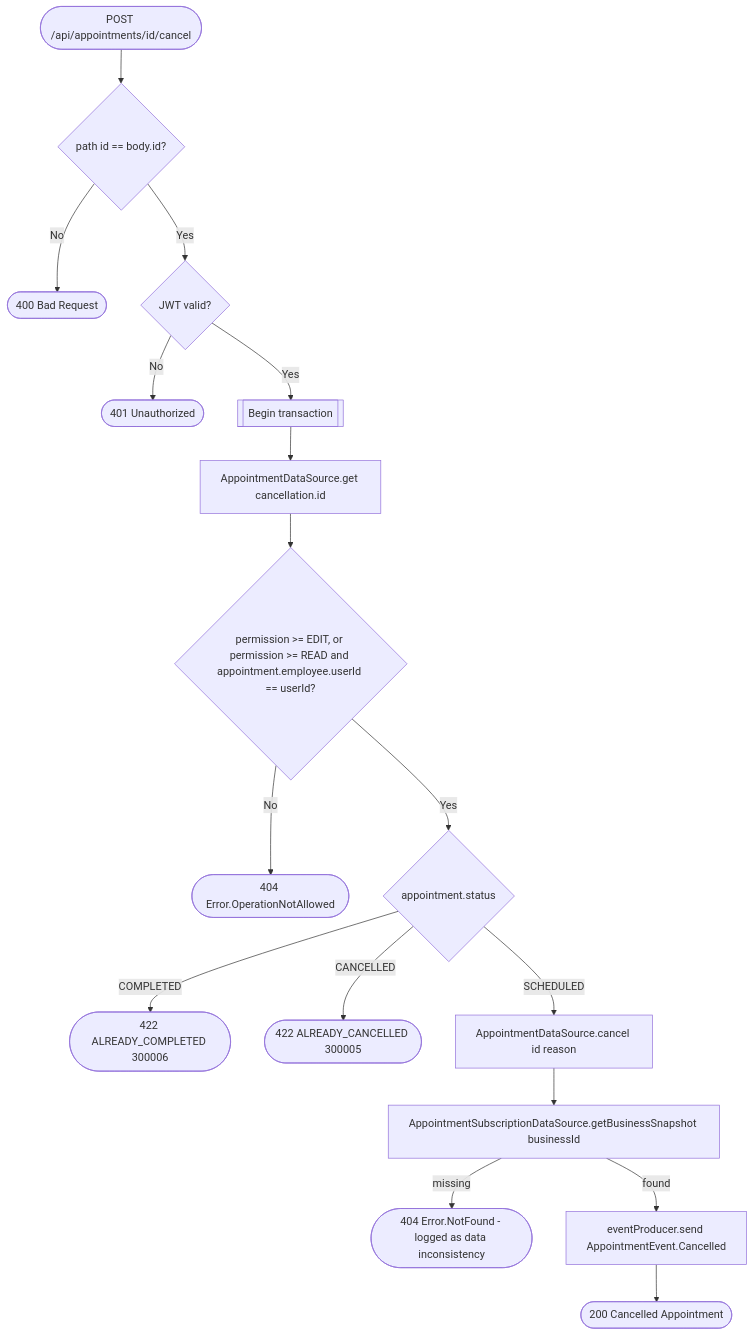
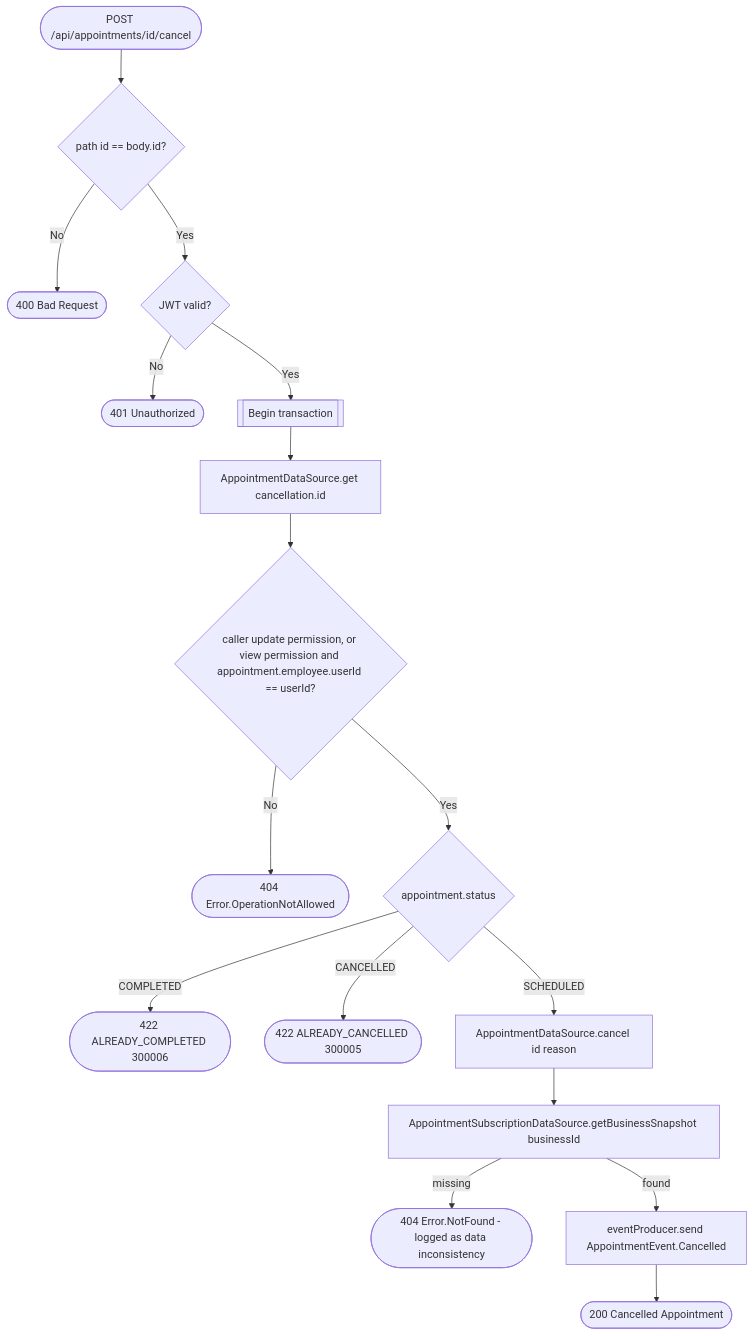
The diagram in docs/operations/appointments/cancel-appointment.md (an22/bookk.me-backend), drawn with Mermaid before and after one commit. The commit also changed other lines of this file and 157 other files, not shown here.

````diff
--- a/docs/operations/appointments/cancel-appointment.md
+++ b/docs/operations/appointments/cancel-appointment.md
@@ -12,19 +12,19 @@
 ```mermaid
 flowchart TD
     Start([POST /api/appointments/id/cancel]) --> PathCheck{path id == body.id?}
     PathCheck -- No --> R400([400 Bad Request])
     PathCheck -- Yes --> Auth{JWT valid?}
     Auth -- No --> R401([401 Unauthorized])
     Auth -- Yes --> Tx[[Begin transaction]]
     Tx --> Get[AppointmentDataSource.get cancellation.id]
-    Get --> Perm{permission >= EDIT, or permission >= READ and appointment.employee.userId == userId?}
+    Get --> Perm{caller update permission, or view permission and appointment.employee.userId == userId?}
     Perm -- No --> R404a([404 Error.OperationNotAllowed])
     Perm -- Yes --> Status{appointment.status}
     Status -- COMPLETED --> R422a([422 ALREADY_COMPLETED 300006])
     Status -- CANCELLED --> R422b([422 ALREADY_CANCELLED 300005])
     Status -- SCHEDULED --> Cancel[AppointmentDataSource.cancel id reason]
     Cancel --> Snapshot[AppointmentSubscriptionDataSource.getBusinessSnapshot businessId]
     Snapshot -- missing --> R404b([404 Error.NotFound - logged as data inconsistency])
     Snapshot -- found --> Event[eventProducer.send AppointmentEvent.Cancelled]
     Event --> R200([200 Cancelled Appointment])
 ```
````
